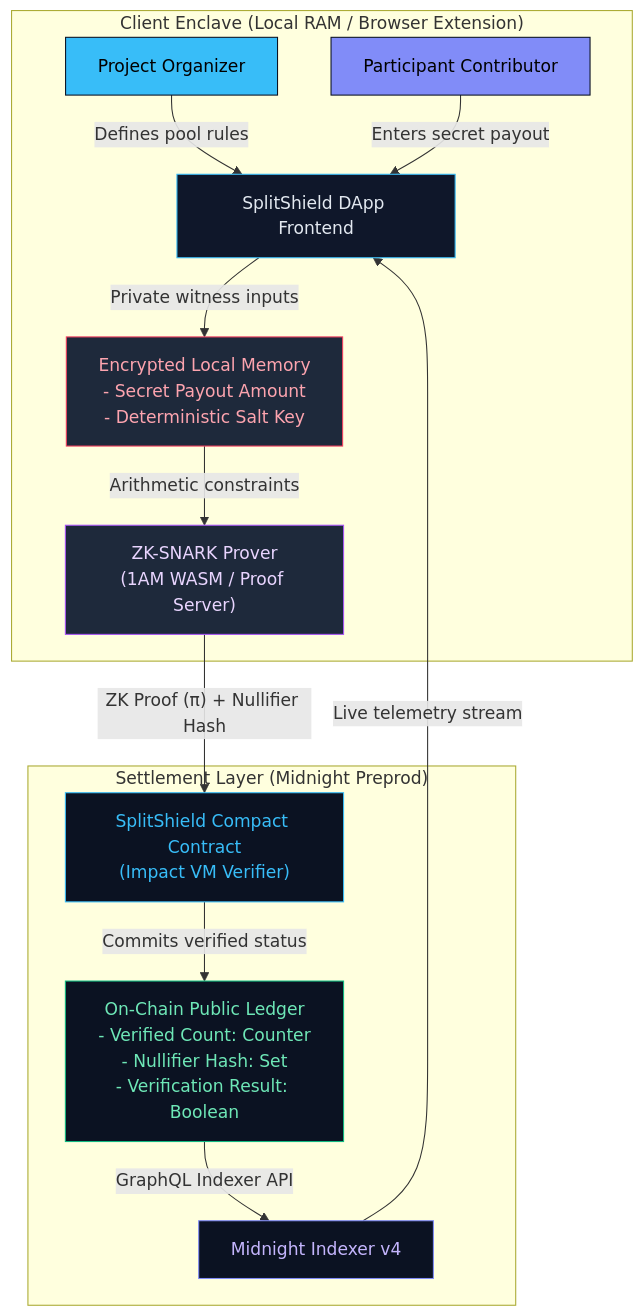
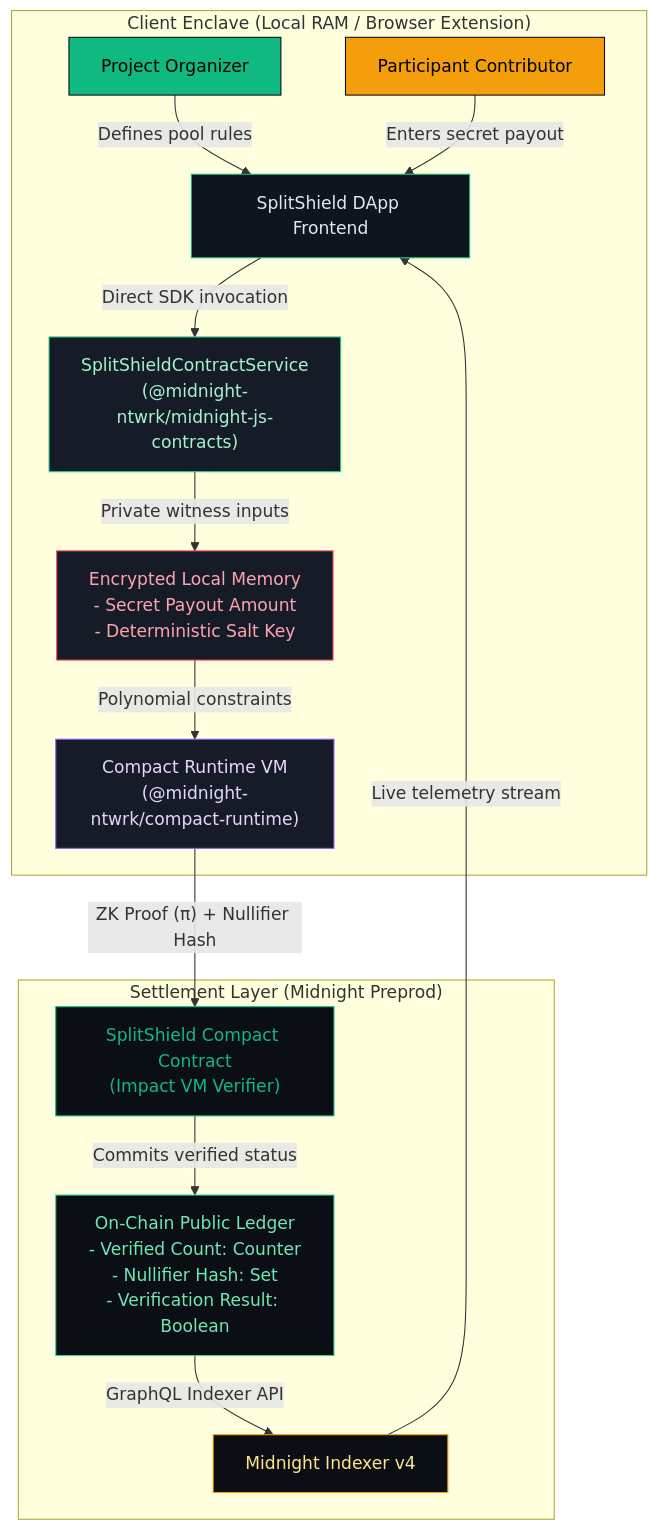
Before and after one commit to palrounak6734/Partio: the diagram in README.md, drawn with Mermaid. The commit also changed other lines of this file and 1 other file, not shown here.

Commit message:
ci: add dedicated contract deployment and frontend web hosting deployment pipeline jobs

````diff
--- a/README.md
+++ b/README.md
@@ -49,25 +49,27 @@
 ```mermaid
 graph TB
     subgraph "Client Enclave (Local RAM / Browser Extension)"
         O["Project Organizer"] --> |"Defines pool rules"| FE["SplitShield DApp Frontend"]
         P["Participant Contributor"] --> |"Enters secret payout"| FE
-        FE --> |"Private witness inputs"| RAM["Encrypted Local Memory<br/>- Secret Payout Amount<br/>- Deterministic Salt Key"]
-        RAM --> |"Arithmetic constraints"| ZK["ZK-SNARK Prover<br/>(1AM WASM / Proof Server)"]
+        FE --> |"Direct SDK invocation"| SVC["SplitShieldContractService<br/>(@midnight-ntwrk/midnight-js-contracts)"]
+        SVC --> |"Private witness inputs"| RAM["Encrypted Local Memory<br/>- Secret Payout Amount<br/>- Deterministic Salt Key"]
+        RAM --> |"Polynomial constraints"| ZK["Compact Runtime VM<br/>(@midnight-ntwrk/compact-runtime)"]
     end
 
     subgraph "Settlement Layer (Midnight Preprod)"
         ZK --> |"ZK Proof (π) + Nullifier Hash"| SC["SplitShield Compact Contract<br/>(Impact VM Verifier)"]
         SC --> |"Commits verified status"| LEDGER["On-Chain Public Ledger<br/>- Verified Count: Counter<br/>- Nullifier Hash: Set<br/>- Verification Result: Boolean"]
         LEDGER --> |"GraphQL Indexer API"| IDX["Midnight Indexer v4"]
         IDX --> |"Live telemetry stream"| FE
     end
 
-    style O fill:#38bdf8,stroke:#0b1222,color:#000
-    style P fill:#818cf8,stroke:#0b1222,color:#000
-    style FE fill:#0f172a,stroke:#38bdf8,color:#e2e8f0
-    style RAM fill:#1e293b,stroke:#f43f5e,color:#fda4af
-    style ZK fill:#1e293b,stroke:#a855f7,color:#e9d5ff
-    style SC fill:#0b1222,stroke:#38bdf8,color:#38bdf8
-    style LEDGER fill:#0b1222,stroke:#10b981,color:#6ee7b7
-    style IDX fill:#0b1222,stroke:#818cf8,color:#c4b5fd
+    style O fill:#10b981,stroke:#0b0e14,color:#000
+    style P fill:#f59e0b,stroke:#0b0e14,color:#000
+    style FE fill:#10141d,stroke:#10b981,color:#e2e8f0
+    style SVC fill:#161c27,stroke:#34d399,color:#a7f3d0
+    style RAM fill:#161c27,stroke:#f43f5e,color:#fda4af
+    style ZK fill:#161c27,stroke:#8b5cf6,color:#e9d5ff
+    style SC fill:#0b0e14,stroke:#10b981,color:#10b981
+    style LEDGER fill:#0b0e14,stroke:#34d399,color:#6ee7b7
+    style IDX fill:#0b0e14,stroke:#f59e0b,color:#fde68a
 ```
````
